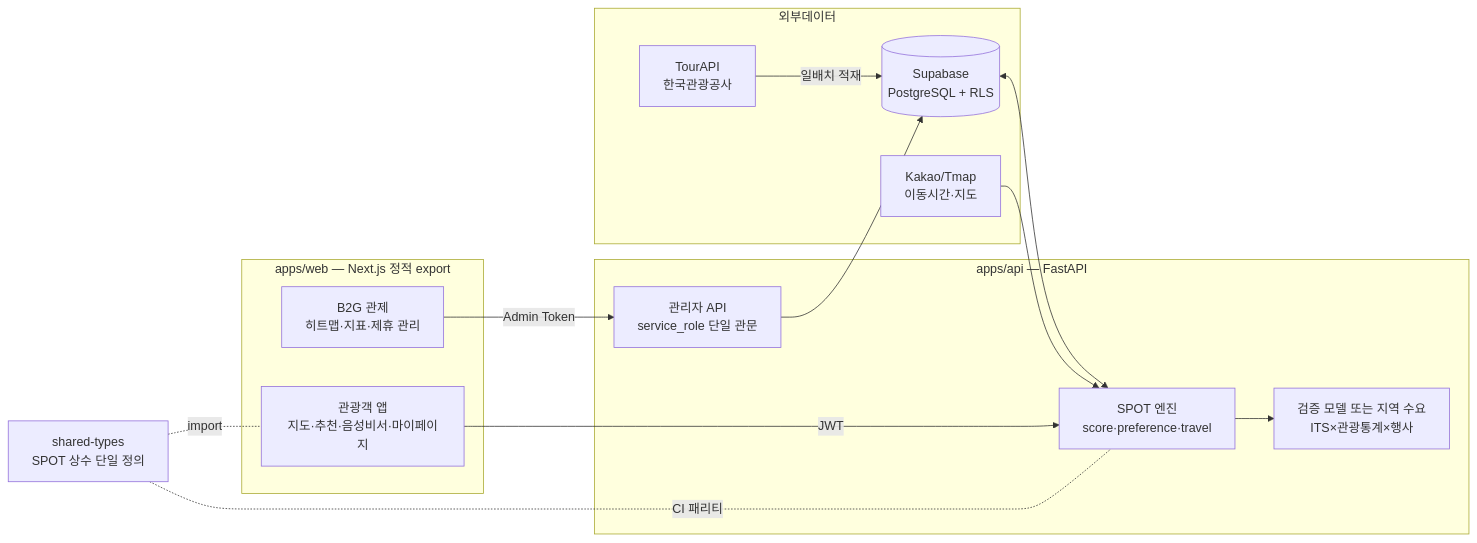
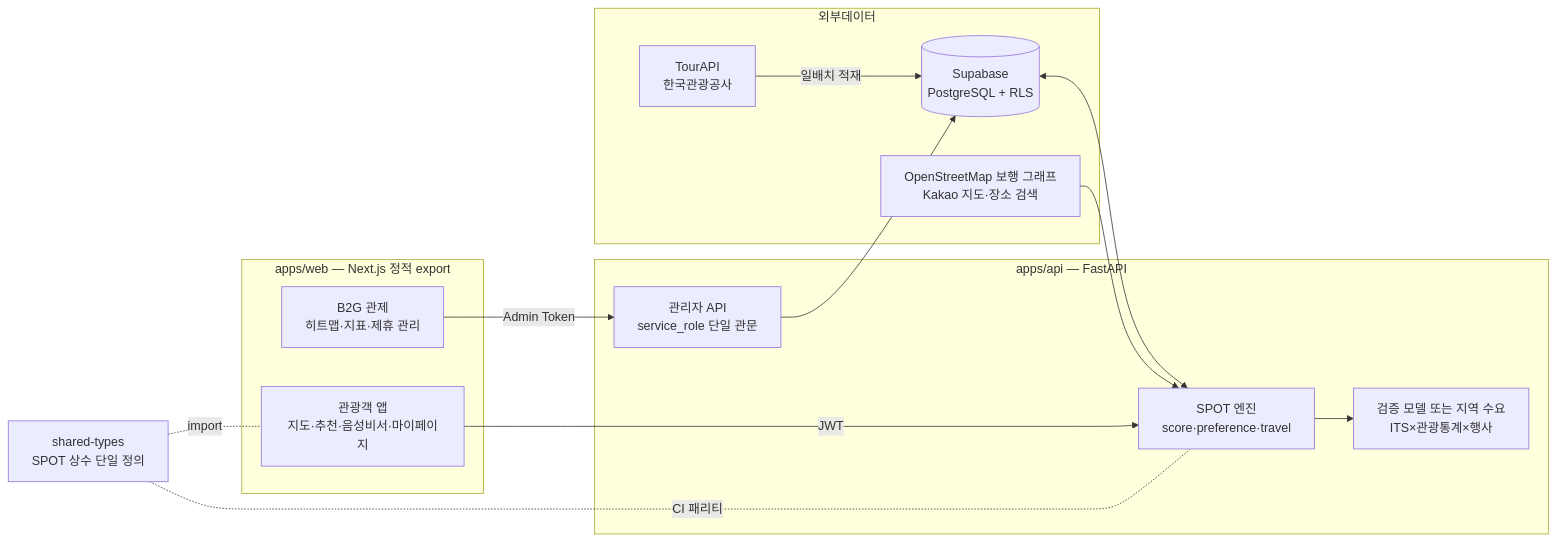
One commit to NextSpot-knu/NextSpot changed the diagram in README.md. Above: the diagram before and after it, drawn with Mermaid. The commit also changed other lines of this file and 66 other files, not shown here.

````diff
--- a/README.md
+++ b/README.md
@@ -102,22 +102,22 @@
 ```mermaid
 flowchart LR
     subgraph 외부데이터
         T[TourAPI<br/>한국관광공사] -->|일배치 적재| DB[(Supabase<br/>PostgreSQL + RLS)]
-        K[Kakao/Tmap<br/>이동시간·지도]
+        K[OpenStreetMap 보행 그래프<br/>Kakao 지도·장소 검색]
     end
     subgraph "apps/api — FastAPI"
         S[SPOT 엔진<br/>score·preference·travel] --> P[검증 모델 또는 지역 수요<br/>ITS×관광통계×행사]
         A[관리자 API<br/>service_role 단일 관문]
     end
     subgraph "apps/web — Next.js 정적 export"
         U[관광객 앱<br/>지도·추천·음성비서·마이페이지]
         G[B2G 관제<br/>히트맵·지표·제휴 관리]
     end
     DB <--> S
     K --> S
     U -->|JWT| S
     G -->|Admin Token| A
     A --> DB
     ST[shared-types<br/>SPOT 상수 단일 정의] -.CI 패리티.- S
     ST -.import.- U
 ```
````
